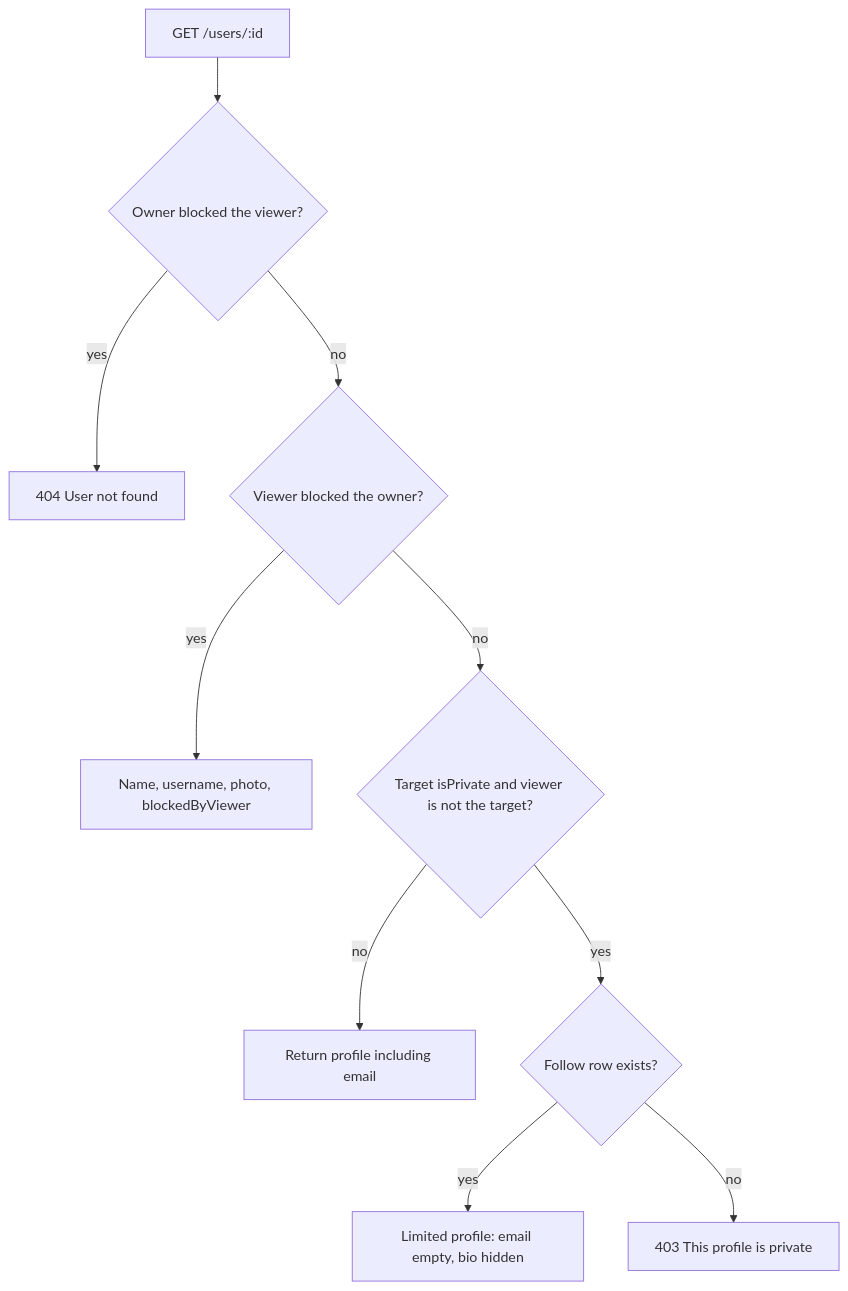
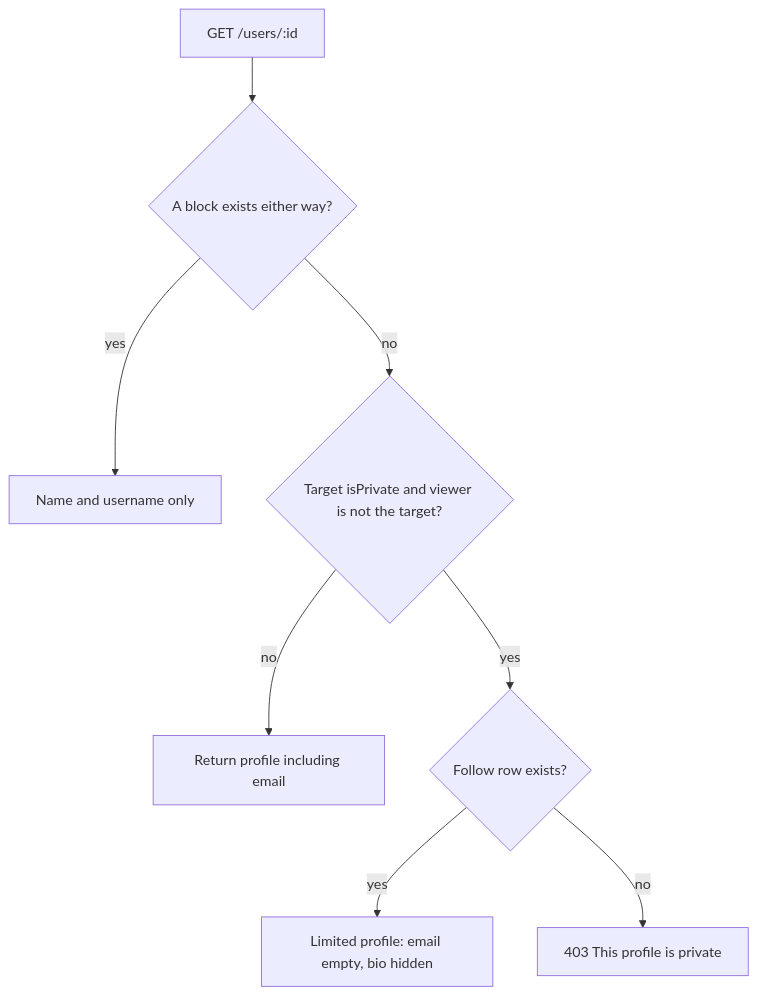
One commit to bagariaraj23/Trav-Flut changed the first of 2 diagrams in documentations/technical/03-profiles-and-privacy.md. Above: the diagram before and after it, drawn with Mermaid. The commit also changed other lines of this file and 2 other files, not shown here.

Commit message:
Document the name-only profile across a block.
Both people in a block see a name and username, with the photo, trips, and follower counts left off, and the handbook matches that.

````diff
--- a/documentations/technical/03-profiles-and-privacy.md
+++ b/documentations/technical/03-profiles-and-privacy.md
@@ -30,12 +30,10 @@
 ```mermaid
 flowchart TD
-  Start["GET /users/:id"] --> Gone{"Owner blocked the viewer?"}
-  Gone -->|yes| Missing["404 User not found"]
-  Gone -->|no| Mine{"Viewer blocked the owner?"}
-  Mine -->|yes| Partial["Name, username, photo, blockedByViewer"]
-  Mine -->|no| Priv{"Target isPrivate and viewer is not the target?"}
+  Start["GET /users/:id"] --> Block{"A block exists either way?"}
+  Block -->|yes| Partial["Name and username only"]
+  Block -->|no| Priv{"Target isPrivate and viewer is not the target?"}
   Priv -->|no| Full["Return profile including email"]
   Priv -->|yes| Follow{"Follow row exists?"}
   Follow -->|yes| Limited["Limited profile: email empty, bio hidden"]
   Follow -->|no| Deny["403 This profile is private"]
 ```
````
